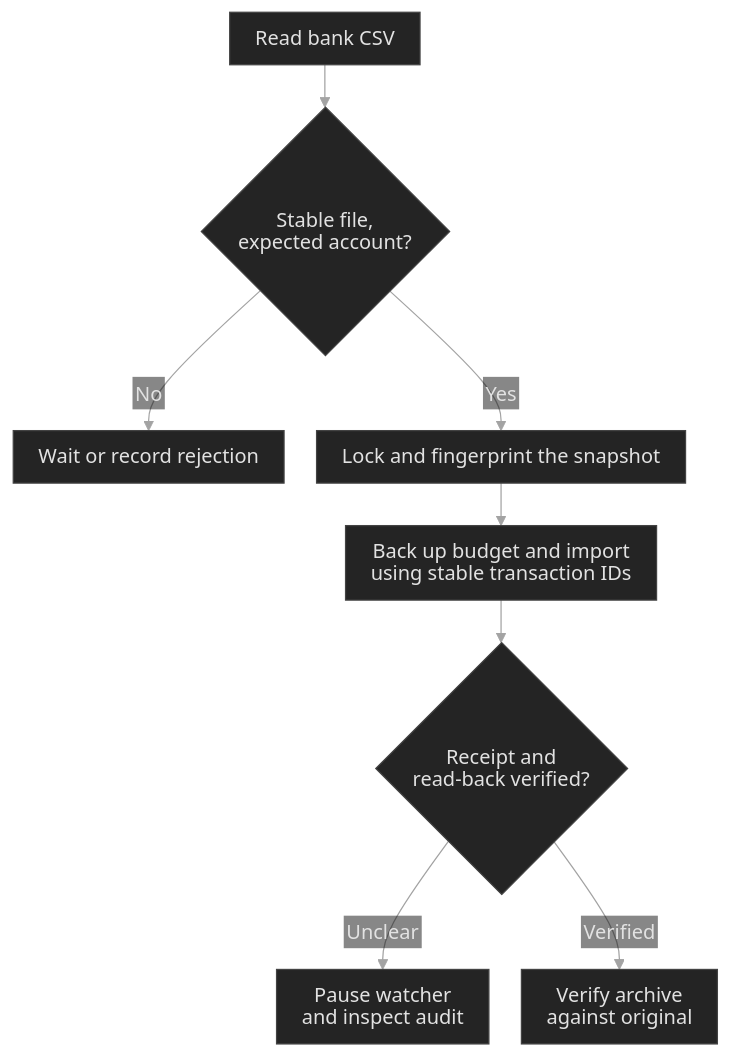
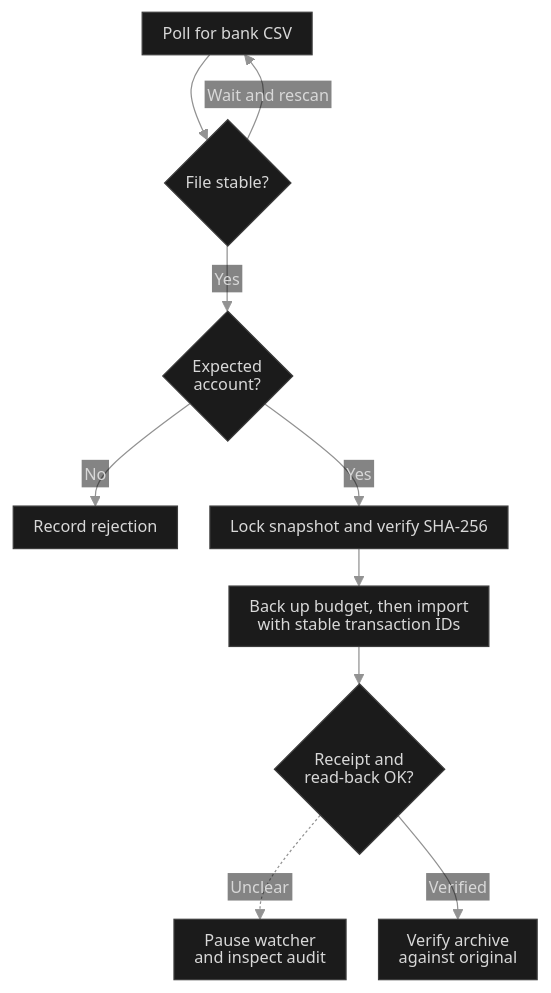
The diagram in diagrams/bank-imports.mmd (kazuall/finance-process-portfolio), drawn with Mermaid before and after one commit. The commit also changed 43 other files, not shown here.

```diff
--- a/diagrams/bank-imports.mmd
+++ b/diagrams/bank-imports.mmd
@@ -1,36 +1,38 @@
 ---
 config:
   theme: base
   htmlLabels: false
   themeVariables:
     darkMode: true
-    background: '#101010'
+    background: '#0a0a0a'
     fontFamily: 'Inter, -apple-system, BlinkMacSystemFont, Segoe UI, sans-serif'
-    fontSize: '16px'
-    primaryColor: '#242424'
-    primaryTextColor: '#e2e2e2'
-    primaryBorderColor: '#434343'
-    lineColor: '#a3a3a3'
-    edgeLabelBackground: '#101010'
-    textColor: '#cdcdcd'
+    fontSize: '13px'
+    primaryColor: '#1b1b1b'
+    primaryTextColor: '#d8d8d8'
+    primaryBorderColor: '#3c3c3c'
+    lineColor: '#929292'
+    edgeLabelBackground: '#0a0a0a'
+    textColor: '#d8d8d8'
   flowchart:
     htmlLabels: false
     useMaxWidth: false
     nodeSpacing: 26
-    rankSpacing: 34
-    wrappingWidth: 270
-    padding: 10
+    rankSpacing: 30
+    wrappingWidth: 240
+    padding: 8
     diagramPadding: 5
     curve: basis
-  themeCSS: 'text,tspan{font-family:system-ui,sans-serif!important}.node rect.label-container{rx:3px;ry:3px}.node rect,.node polygon,.flowchart-link{stroke-width:1px!important}.edgeLabel .labelBkg{fill:#101010!important;opacity:1!important}.edgeLabel text{fill:#c4c4c4!important}'
+  themeCSS: 'text,tspan{font-family:system-ui,sans-serif!important;font-weight:400!important}.node rect.label-container{rx:3px;ry:3px}.node rect,.node polygon,.flowchart-link{stroke-width:.85px!important}.edgeLabel .labelBkg{fill:#0a0a0a!important;opacity:1!important}.edgeLabel text{fill:#bebebe!important}'
 ---
 flowchart TB
   accTitle: Bank import
   accDescr: A stable statement for the expected account is copied under a lock. Actual Budget is backed up before import using stable transaction IDs. A verified receipt allows archiving. An uncertain write pauses the watcher for audit.
-  csv["Read bank CSV"] --> ready{"Stable file,<br/>expected account?"}
-  ready -->|No| wait["Wait or record rejection"]
-  ready -->|Yes| lock["Lock and fingerprint the snapshot"]
-  lock --> write["Back up budget and import<br/>using stable transaction IDs"]
-  write --> audit{"Receipt and<br/>read-back verified?"}
-  audit -->|Unclear| pause["Pause watcher<br/>and inspect audit"]
+  csv["Poll for bank CSV"] --> stable{"File stable?"}
+  stable -->|Wait and rescan| csv
+  stable -->|Yes| account{"Expected<br/>account?"}
+  account -->|No| reject["Record rejection"]
+  account -->|Yes| lock["Lock snapshot and verify SHA-256"]
+  lock --> write["Back up budget, then import<br/>with stable transaction IDs"]
+  write --> audit{"Receipt and<br/>read-back OK?"}
+  audit -.->|Unclear| pause["Pause watcher<br/>and inspect audit"]
   audit -->|Verified| archive["Verify archive<br/>against original"]
```
